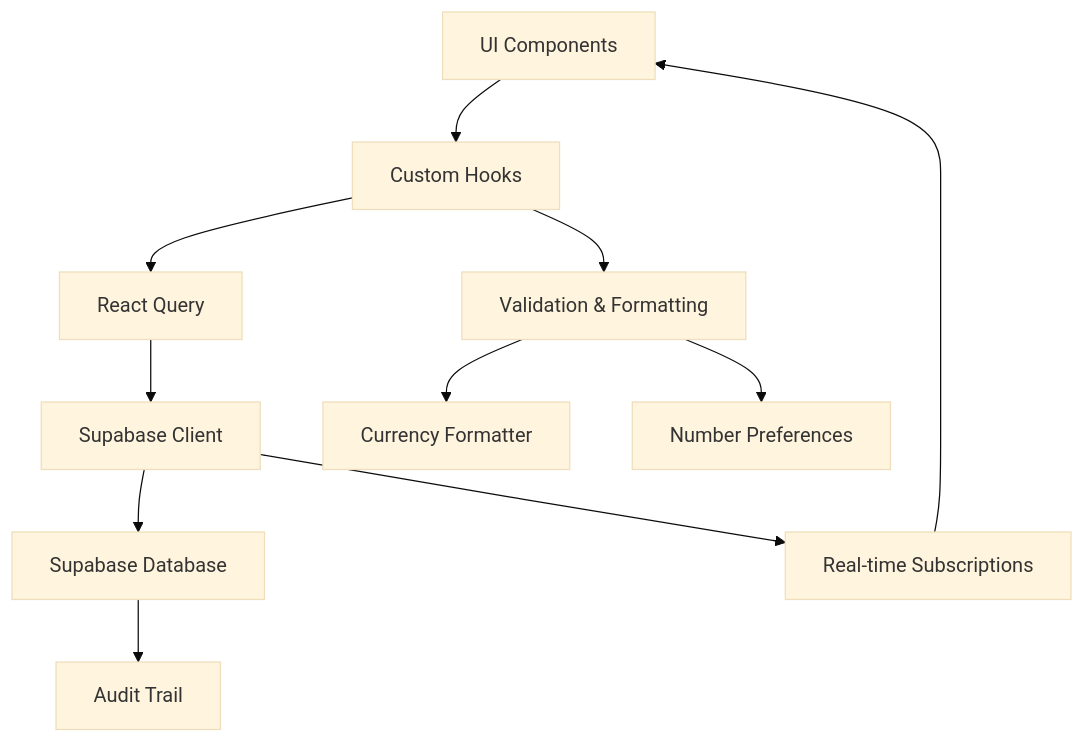
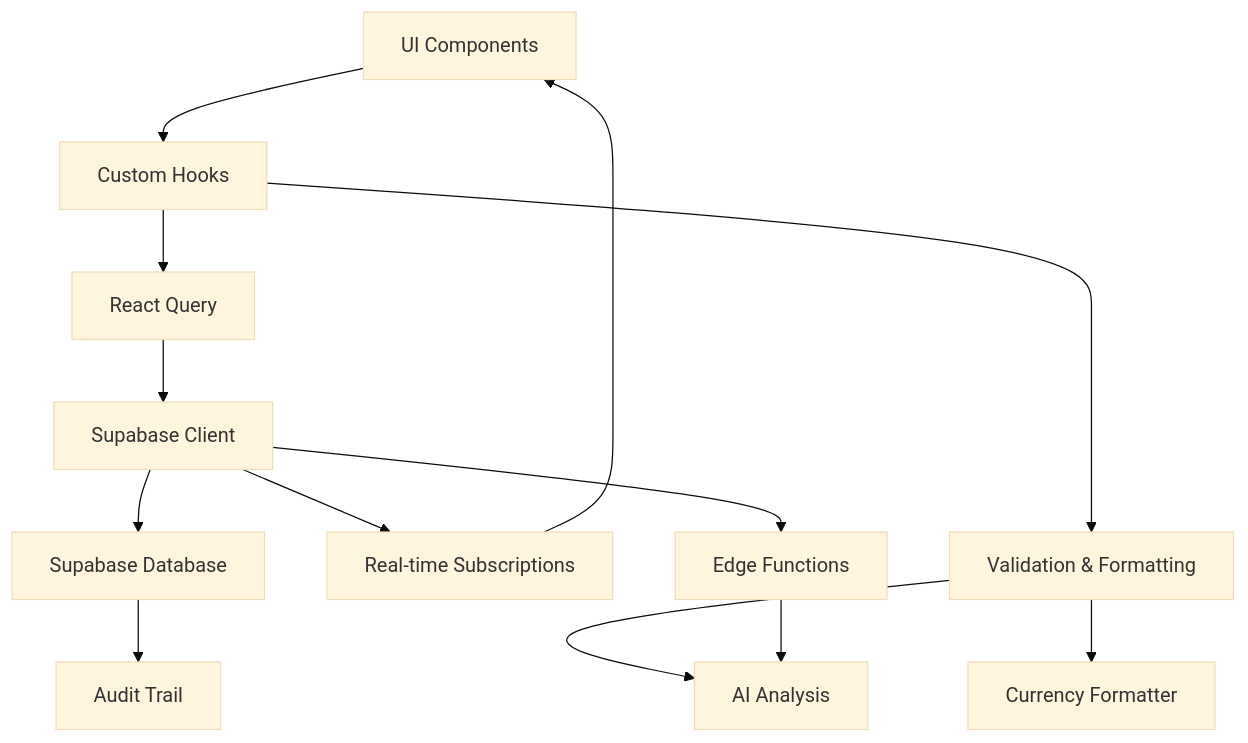
One commit to khamis1992/fleetifyapp changed the second of 11 diagrams in .qoder/repowiki/en/content/State Management/Custom Hooks/Financial Operations Hooks/Financial Operations Hooks.md. Above: the diagram before and after it, drawn with Mermaid (base theme). The commit also changed other lines of this file and 20 other files, not shown here.

````diff
--- a/.qoder/repowiki/en/content/State Management/Custom Hooks/Financial Operations Hooks/Financial Operations Hooks.md
+++ b/.qoder/repowiki/en/content/State Management/Custom Hooks/Financial Operations Hooks/Financial Operations Hooks.md
@@ -68,13 +97,15 @@
 ```mermaid
 graph TD
 A[UI Components] --> B[Custom Hooks]
 B --> C[React Query]
 C --> D[Supabase Client]
 D --> E[Supabase Database]
 D --> F[Real-time Subscriptions]
-B --> G[Validation & Formatting]
-G --> H[Currency Formatter]
-G --> I[Number Preferences]
-E --> J[Audit Trail]
+D --> G[Edge Functions]
+B --> H[Validation & Formatting]
+H --> I[Currency Formatter]
+H --> J[Number Preferences]
+E --> K[Audit Trail]
 F --> A
+G --> J[AI Analysis]
 ```
````
